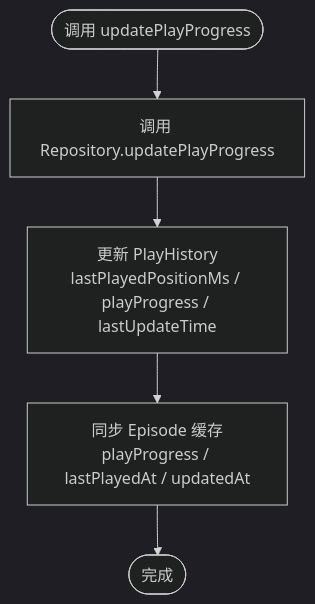
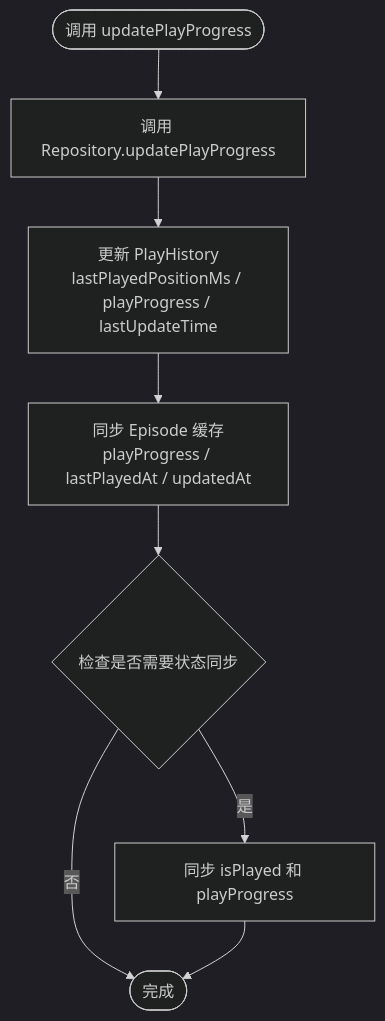
One commit to ZTfer/Tinycast changed the third of 6 diagrams in .qoder/repowiki/zh/content/核心功能模块/音频播放系统/播放进度跟踪.md. Above: the diagram before and after it, drawn with Mermaid (dark theme). The commit also changed other lines of this file and 187 other files, not shown here.

````diff
--- a/.qoder/repowiki/zh/content/核心功能模块/音频播放系统/播放进度跟踪.md
+++ b/.qoder/repowiki/zh/content/核心功能模块/音频播放系统/播放进度跟踪.md
@@ -135,7 +170,10 @@
 ```mermaid
 flowchart TD
 Start(["调用 updatePlayProgress"]) --> CallRepo["调用 Repository.updatePlayProgress"]
 CallRepo --> UpdatePH["更新 PlayHistory<br/>lastPlayedPositionMs / playProgress / lastUpdateTime"]
 UpdatePH --> SyncEP["同步 Episode 缓存<br/>playProgress / lastPlayedAt / updatedAt"]
-SyncEP --> End(["完成"])
+SyncEP --> CheckStatus{"检查是否需要状态同步"}
+CheckStatus --> |是| SyncStatus["同步 isPlayed 和 playProgress"]
+CheckStatus --> |否| End(["完成"])
+SyncStatus --> End
 ```
````
